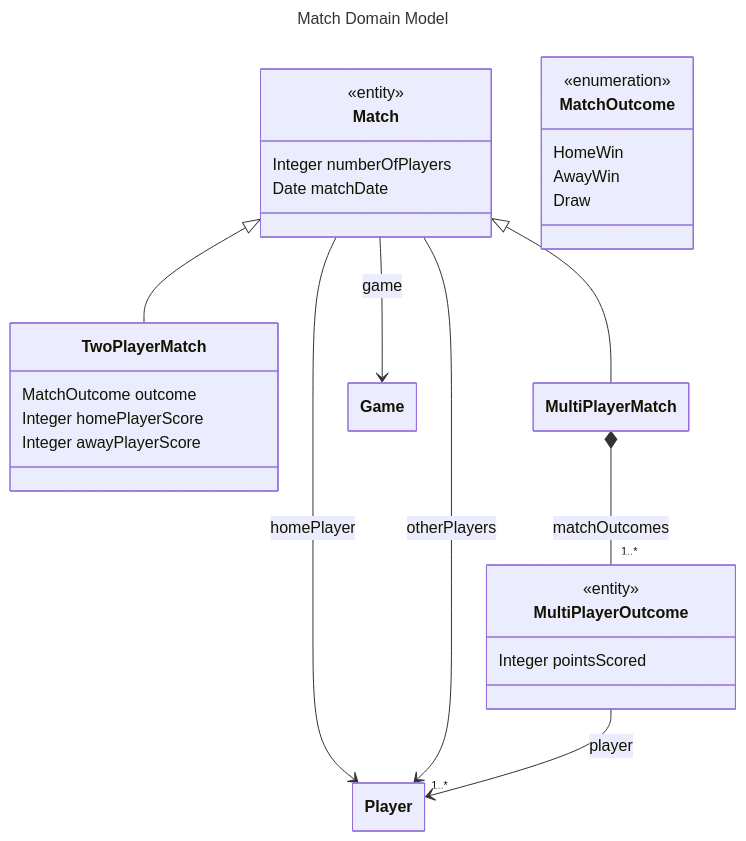
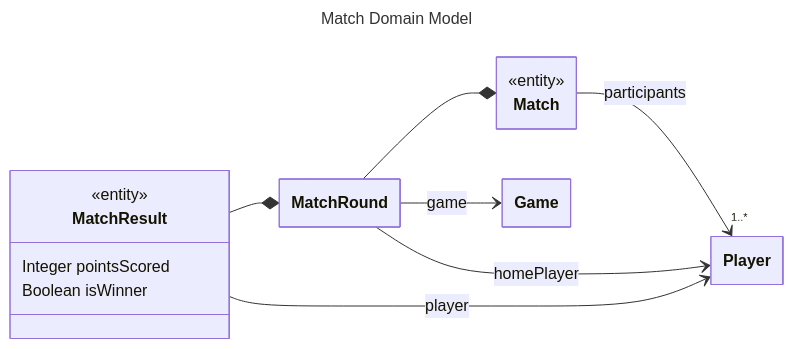
One commit to AdrianMiley/War-Games-League changed the diagram in design/data/match.md. Above: the diagram before and after it, drawn with Mermaid. The commit also changed other lines of this file and 1 other file, not shown here.

Commit message:
Reworked match domain model and moved BuildInstructions.md into design folder

````diff
--- a/design/data/match.md
+++ b/design/data/match.md
@@ -1,44 +1,41 @@
 ```mermaid
 ---
   title: Match Domain Model
   config:
     class:
       hideEmptyMembersBox: true
 ---
 classDiagram
+    direction LR
 %%    namespace "match"
 %%    import "design/data/game/Game" as Game
 %%    import "design/data/player/Player" as Player
-    
+%%  ToDo: Add more detailed descriptions for each class and attribute
+%%  ToDo: Decide how best to represent the result of a Multi-Player Match
     class Match {
         <<entity>>
-        Integer numberOfPlayers
-        Date matchDate
     }
-    class TwoPlayerMatch {
-        MatchOutcome  outcome
-        Integer homePlayerScore
-        Integer awayPlayerScore
+    Match --> "1..*" Player : participants
+
+    class MatchRound {
     }
-    class MultiPlayerMatch {
-    }
-    class MultiPlayerOutcome {
+    MatchRound --* Match
+    MatchRound --> Game : game
+    MatchRound --> Player : homePlayer
+
+    class MatchResult {
         <<entity>>
         Integer pointsScored
+        Boolean isWinner
     }
+    MatchResult --> Player : player
+    MatchResult --* MatchRound
 
-    Match <|-- TwoPlayerMatch
-    Match <|-- MultiPlayerMatch
-    Match --> Player : homePlayer
-    Match --> "1..*" Player : otherPlayers
-    Match --> Game : game
-    MultiPlayerMatch *-- "1..*" MultiPlayerOutcome : matchOutcomes
-    MultiPlayerOutcome --> Player : player
+%%    class MatchOutcome {
+%%        <<enumeration>>
+%%        HomeWin
+%%        AwayWin
+%%        Draw
+%%    }
 
-    class MatchOutcome {
-        <<enumeration>>
-        HomeWin
-        AwayWin
-        Draw
-    }
 ```
````
